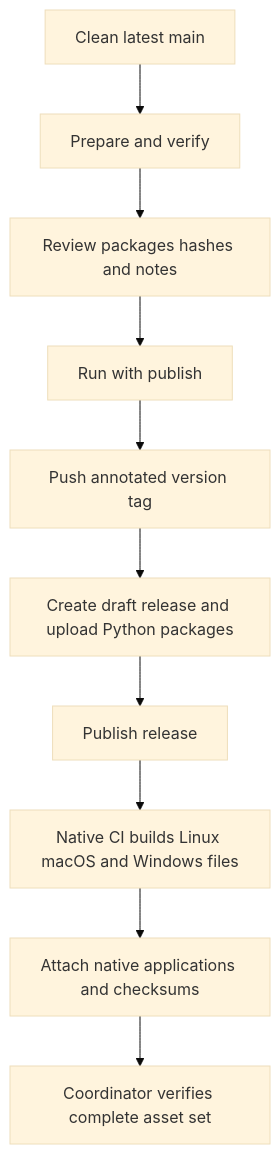
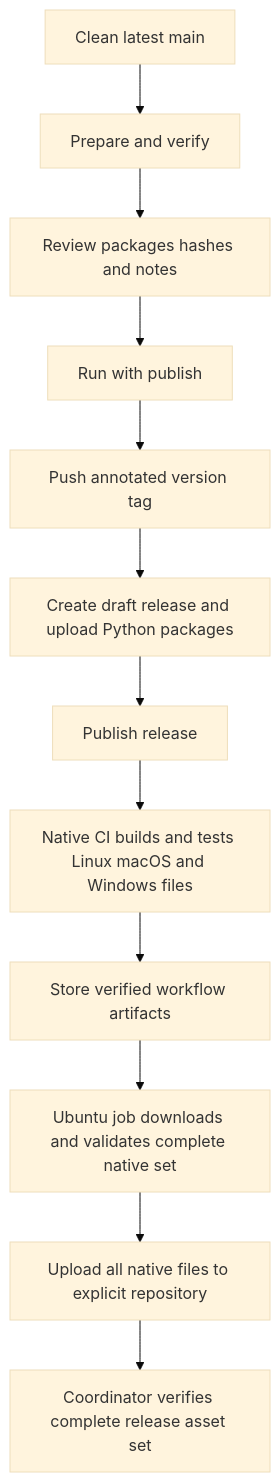
The diagram in docs/RELEASING.md (kmgowda/sbk-charts), drawn with Mermaid (base theme) before and after one commit. The commit also changed other lines of this file and 6 other files, not shown here.

Commit message:
Centralize portable release asset publishing

````diff
--- a/docs/RELEASING.md
+++ b/docs/RELEASING.md
@@ -135,12 +144,14 @@
 ```mermaid
 flowchart TD
     A[Clean latest main] --> B[Prepare and verify]
     B --> C[Review packages hashes and notes]
     C --> D[Run with publish]
     D --> E[Push annotated version tag]
     E --> F[Create draft release and upload Python packages]
     F --> G[Publish release]
-    G --> H[Native CI builds Linux macOS and Windows files]
-    H --> I[Attach native applications and checksums]
-    I --> J[Coordinator verifies complete asset set]
+    G --> H[Native CI builds and tests Linux macOS and Windows files]
+    H --> I[Store verified workflow artifacts]
+    I --> J[Ubuntu job downloads and validates complete native set]
+    J --> K[Upload all native files to explicit repository]
+    K --> L[Coordinator verifies complete release asset set]
 ```
````
